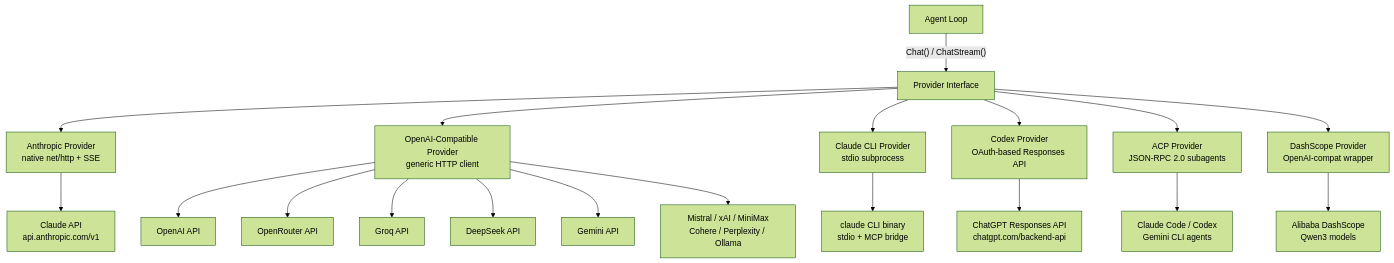
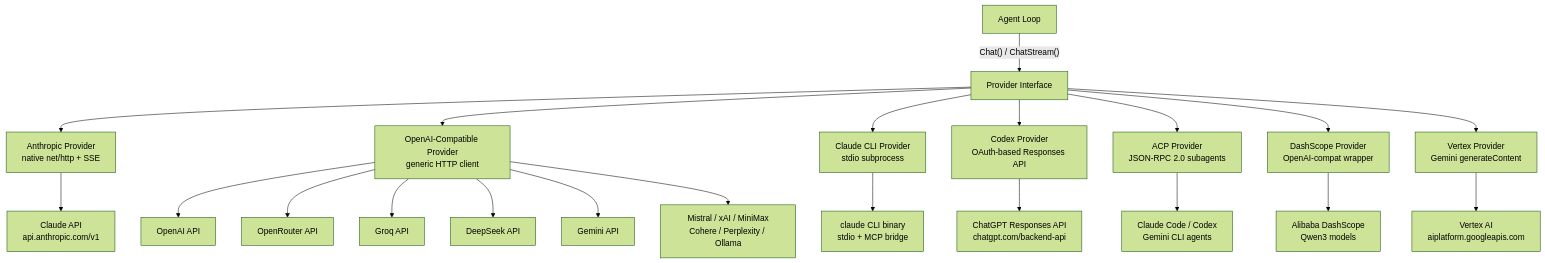
Before and after one commit to pupuking723/Lumi-1: the first of 9 diagrams in docs/02-providers.md, drawn with Mermaid (forest theme). The commit also changed other lines of this file and 67 other files, not shown here.

````diff
--- a/docs/02-providers.md
+++ b/docs/02-providers.md
@@ -11,23 +11,25 @@
 ```mermaid
 flowchart TD
     AL["Agent Loop"] -->|"Chat() / ChatStream()"| PI["Provider Interface"]
 
     PI --> ANTH["Anthropic Provider<br/>native net/http + SSE"]
     PI --> OAI["OpenAI-Compatible Provider<br/>generic HTTP client"]
     PI --> CLAUDE["Claude CLI Provider<br/>stdio subprocess"]
     PI --> CODEX["Codex Provider<br/>OAuth-based Responses API"]
     PI --> ACP["ACP Provider<br/>JSON-RPC 2.0 subagents"]
     PI --> DASH["DashScope Provider<br/>OpenAI-compat wrapper"]
 
     ANTH --> ANTHROPIC["Claude API<br/>api.anthropic.com/v1"]
     OAI --> OPENAI["OpenAI API"]
     OAI --> OR["OpenRouter API"]
     OAI --> GROQ["Groq API"]
     OAI --> DS["DeepSeek API"]
     OAI --> GEM["Gemini API"]
     OAI --> OTHER["Mistral / xAI / MiniMax<br/>Cohere / Perplexity / Ollama"]
     CLAUDE --> CLI["claude CLI binary<br/>stdio + MCP bridge"]
     CODEX --> CODEX_API["ChatGPT Responses API<br/>chatgpt.com/backend-api"]
     ACP --> AGENTS["Claude Code / Codex<br/>Gemini CLI agents"]
     DASH --> QWEN["Alibaba DashScope<br/>Qwen3 models"]
+    PI --> VERTEX["Vertex Provider<br/>Gemini generateContent"]
+    VERTEX --> VAI["Vertex AI<br/>aiplatform.googleapis.com"]
 ```
````
